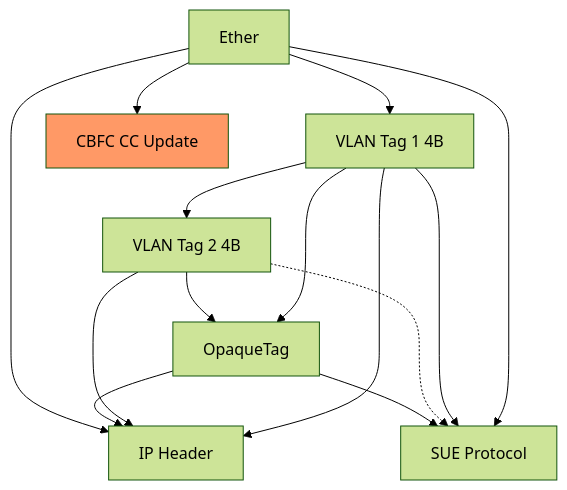
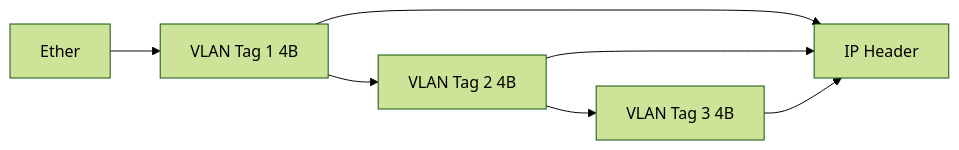
One commit to RuyeeAI/HardwareDesign changed the first of 5 diagrams in docs/PreParser.md. Above: the diagram before and after it, drawn with Mermaid (forest theme). The commit also changed other lines of this file, not shown here.

First line of the commit message:
Update PreParser doc: SUE path constraint, OpaqueTag no priority

````diff
--- a/docs/PreParser.md
+++ b/docs/PreParser.md
@@ -60,19 +60,9 @@
 ```mermaid
-flowchart TD
+flowchart LR
     Ether --> VLAN1[VLAN Tag 1 4B]
-    Ether --> SUE[SUE Protocol]
-    Ether --> CC_UPDATE[CBFC CC Update]
     VLAN1 --> VLAN2[VLAN Tag 2 4B]
+    VLAN2 --> VLAN3[VLAN Tag 3 4B]
     VLAN1 --> IP[IP Header]
-    VLAN1 --> SUE
-    VLAN1 --> OpaqueTag
-    VLAN2 --> OpaqueTag
     VLAN2 --> IP
-    VLAN2 -.-> SUE
-
-    OpaqueTag --> IP
-    OpaqueTag --> SUE
-    Ether --> IP
-
-    style CC_UPDATE fill:#f96
+    VLAN3 --> IP
 ```
````
